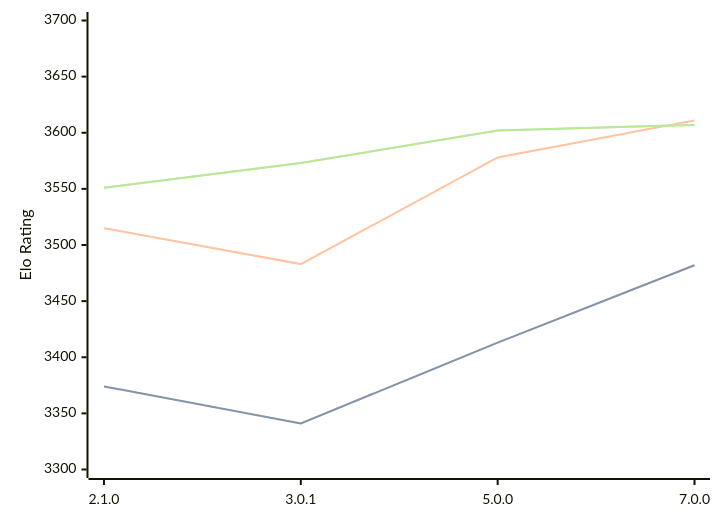
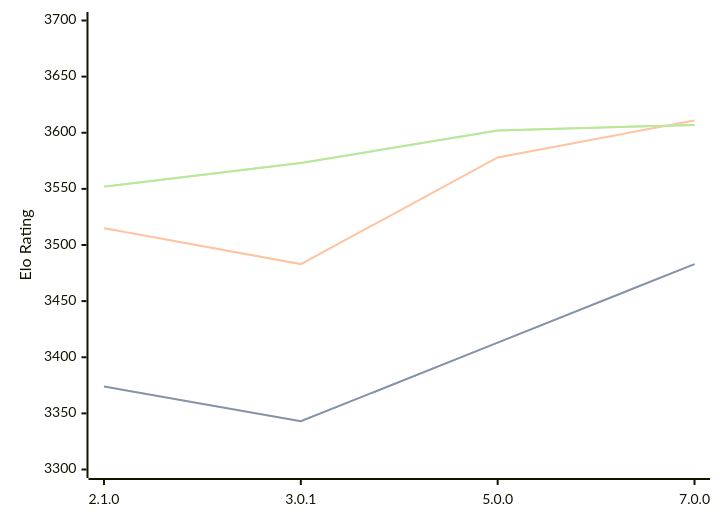
Before and after one commit to computer-chess-index/cci: the diagram in engines/PlentyChess.md, drawn with Mermaid. The commit also changed other lines of this file, not shown here.

Commit message:
Update CCI Ratings (ELO VLTC) - 2026-05-13

````diff
--- a/engines/PlentyChess.md
+++ b/engines/PlentyChess.md
@@ -45,11 +45,11 @@
 ```mermaid
 %%{init: {"theme":"base","themeVariables":{"seriesColors:['#a3a3a3','#222221','#faa371']}}}%%
 xychart-beta
   x-axis ["2.1.0", "3.0.1", "5.0.0", "7.0.0"]
   y-axis "Elo Rating" 3300 --> 3700
-  line "STC (8.0+0.08s)" [3374, 3341, 3413, 3482]
-  line "STC (8.0+0.08s)" [3374, 3341, 3413, 3482]
+  line "STC (8.0+0.08s)" [3374, 3343, 3413, 3483]
+  line "STC (8.0+0.08s)" [3374, 3343, 3413, 3483]
   line "LTC (60.0+0.60s)" [3515, 3483, 3578, 3611]
-  line "VLTC (2m24s+1.12s)" [3551, 3573, 3602, 3607]
-  line "VLTC (2m24s+1.12s)" [3551, 3573, 3602, 3607]
+  line "VLTC (2m24s+1.12s)" [3552, 3573, 3602, 3607]
+  line "VLTC (2m24s+1.12s)" [3552, 3573, 3602, 3607]
 ```
````
